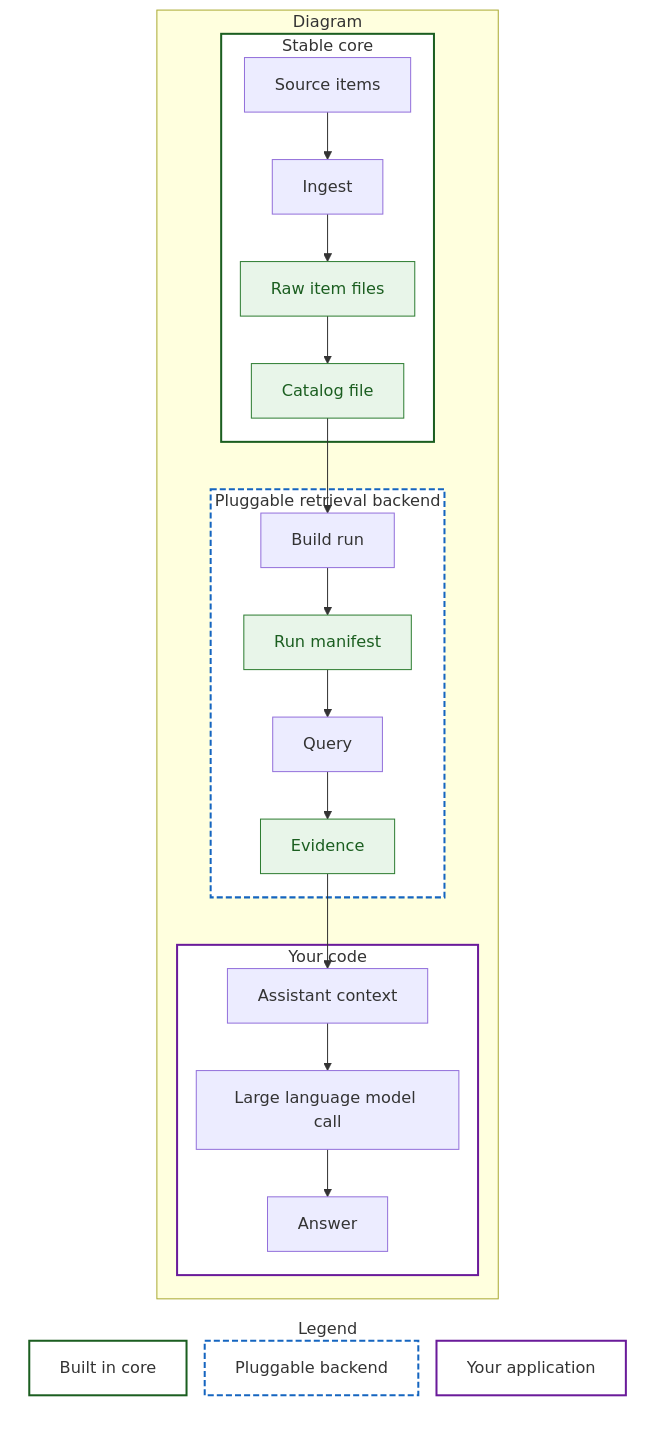
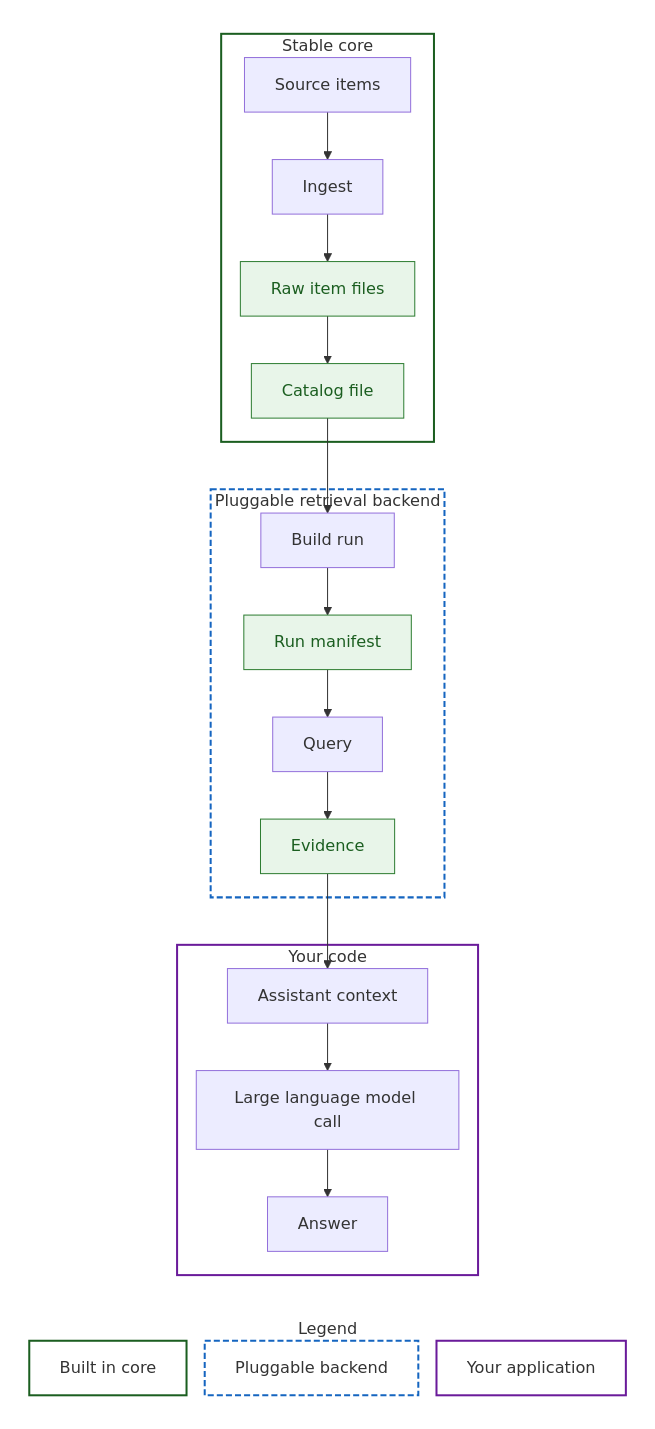
The diagram in README.md (AnthusAI/Biblicus), drawn with Mermaid before and after one commit.

Commit message:
docs: clean up readme diagram container styling

````diff
--- a/README.md
+++ b/README.md
@@ -37,48 +37,49 @@
 ```mermaid
 %%{init: {"flowchart": {"useMaxWidth": true, "nodeSpacing": 18, "rankSpacing": 22}}}%%
 flowchart LR
   subgraph Legend[Legend]
     direction TB
     LegendStable[Built in core]
     LegendPluggable[Pluggable backend]
     LegendYourCode[Your application]
   end
 
-  subgraph Diagram[Diagram]
+  subgraph Main[" "]
     direction TB
 
     subgraph StableCore[Stable core]
       Source[Source items] --> Ingest[Ingest]
       Ingest --> Raw[Raw item files]
       Raw --> Catalog[Catalog file]
     end
 
     subgraph PluggableRetrievalBackend[Pluggable retrieval backend]
       Build[Build run] --> Run[Run manifest]
       Run --> Query[Query]
       Query --> Evidence[Evidence]
     end
 
     Catalog --> Build
     Evidence --> Context
 
     subgraph YourCode[Your code]
       Context[Assistant context] --> Model[Large language model call]
       Model --> Answer[Answer]
     end
 
     style StableCore fill:#ffffff,stroke:#1b5e20,stroke-width:2px
     style PluggableRetrievalBackend fill:#ffffff,stroke:#1565c0,stroke-dasharray:6 3,stroke-width:2px
     style YourCode fill:#ffffff,stroke:#6a1b9a,stroke-width:2px
 
     style Raw fill:#e8f5e9,stroke:#2e7d32,color:#1b5e20
     style Catalog fill:#e8f5e9,stroke:#2e7d32,color:#1b5e20
     style Run fill:#e8f5e9,stroke:#2e7d32,color:#1b5e20
     style Evidence fill:#e8f5e9,stroke:#2e7d32,color:#1b5e20
   end
 
   style Legend fill:#ffffff,stroke:#ffffff
+  style Main fill:#ffffff,stroke:#ffffff
   style LegendStable fill:#ffffff,stroke:#1b5e20,stroke-width:2px
   style LegendPluggable fill:#ffffff,stroke:#1565c0,stroke-dasharray:6 3,stroke-width:2px
   style LegendYourCode fill:#ffffff,stroke:#6a1b9a,stroke-width:2px
 ```
````
